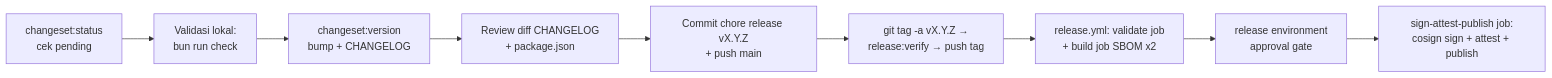
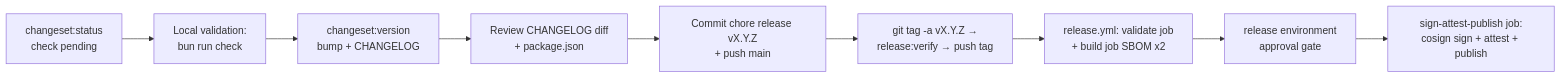
One commit to ahliweb/awcms changed the diagram in .claude/skills/awcms-release/SKILL.md. Above: the diagram before and after it, drawn with Mermaid. The commit also changed other lines of this file and 603 other files, not shown here.

````diff
--- a/.claude/skills/awcms-release/SKILL.md
+++ b/.claude/skills/awcms-release/SKILL.md
@@ -12,11 +14,11 @@
 ```mermaid
 flowchart LR
-  A[changeset:status<br/>cek pending] --> B[Validasi lokal:<br/>bun run check]
+  A[changeset:status<br/>check pending] --> B[Local validation:<br/>bun run check]
   B --> C[changeset:version<br/>bump + CHANGELOG]
-  C --> D[Review diff CHANGELOG<br/>+ package.json]
+  C --> D[Review CHANGELOG diff<br/>+ package.json]
   D --> E[Commit chore release vX.Y.Z<br/>+ push main]
   E --> F[git tag -a vX.Y.Z →<br/>release:verify → push tag]
   F --> G[release.yml: validate job<br/>+ build job SBOM x2]
   G --> H[release environment<br/>approval gate]
   H --> I[sign-attest-publish job:<br/>cosign sign + attest + publish]
 ```
````
